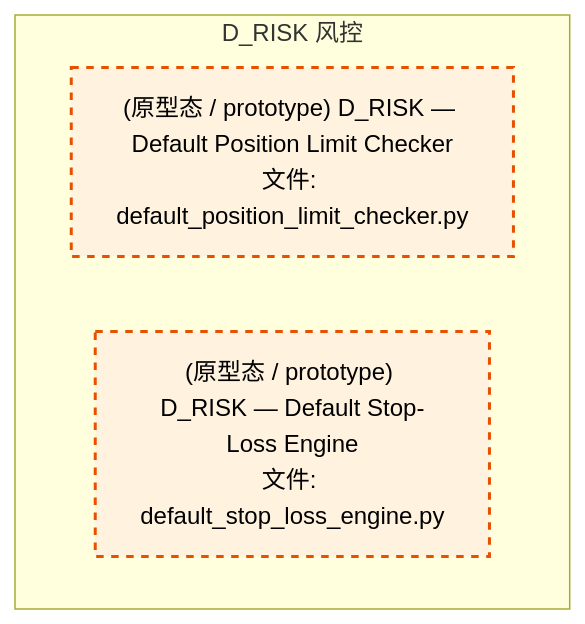
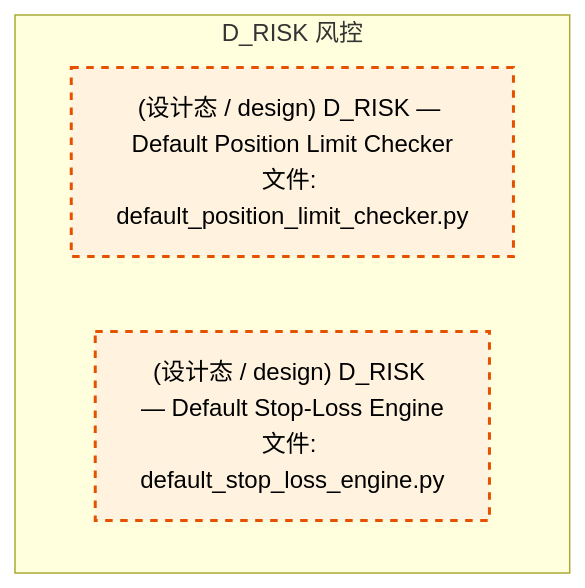
Before and after one commit to xuanFelixVan/ZephyrAlpha: the third of 4 diagrams in docs/02_enterprise_architecture/02_domain_architecture_docs/54_d_risk.md, drawn with Mermaid. The commit also changed other lines of this file and 177 other files, not shown here.

````diff
--- a/docs/02_enterprise_architecture/02_domain_architecture_docs/54_d_risk.md
+++ b/docs/02_enterprise_architecture/02_domain_architecture_docs/54_d_risk.md
@@ -185,12 +184,12 @@
 ```mermaid
 graph TD
     subgraph D_RISK["D_RISK 风控"]
-        src_zephyr_risk_implementations_default_position_limit_checker_py["(原型态 / prototype) D_RISK — Default Position Limit Checker<br/>文件: default_position_limit_checker.py"]
-        src_zephyr_risk_implementations_default_stop_loss_engine_py["(原型态 / prototype) D_RISK — Default Stop-Loss Engine<br/>文件: default_stop_loss_engine.py"]
+        src_zephyr_risk_implementations_default_position_limit_checker_py["(设计态 / design) D_RISK — Default Position Limit Checker<br/>文件: default_position_limit_checker.py"]
+        src_zephyr_risk_implementations_default_stop_loss_engine_py["(设计态 / design) D_RISK — Default Stop-Loss Engine<br/>文件: default_stop_loss_engine.py"]
     end
     classDef production fill:#e1f5fe,stroke:#01579b,stroke-width:2px,color:#000
     classDef design fill:#fff3e0,stroke:#e65100,stroke-width:2px,color:#000,stroke-dasharray: 5 5
     classDef external_prod fill:#e8f5e9,stroke:#1b5e20,stroke-width:1px,color:#000
     classDef external_design fill:#fce4ec,stroke:#880e4f,stroke-width:1px,color:#000,stroke-dasharray: 5 5
     class src_zephyr_risk_implementations_default_position_limit_checker_py,src_zephyr_risk_implementations_default_stop_loss_engine_py design
 ```
````
